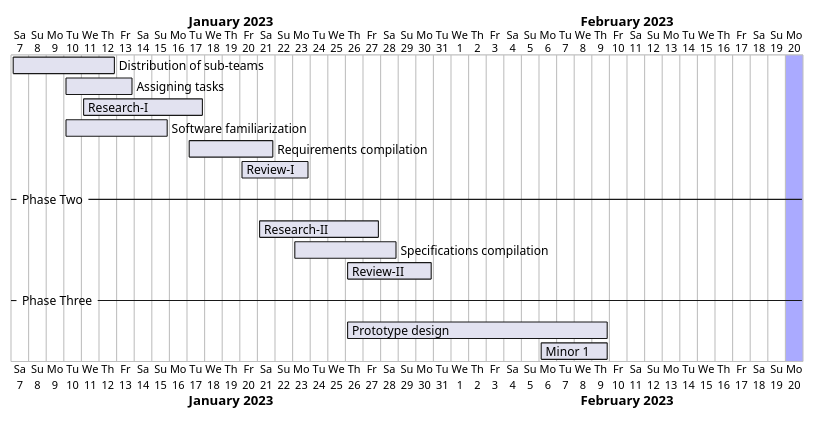
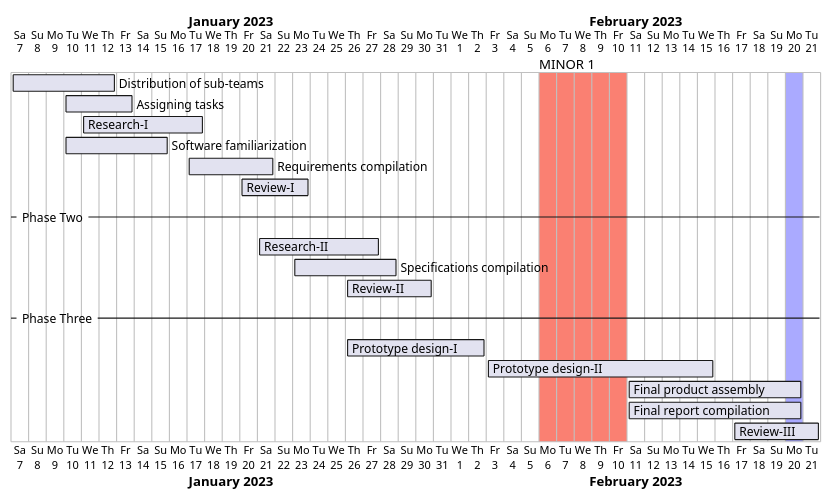
One commit to vishvesh09patel/test changed the diagram in CADMUS_Report_Week_4.adoc. Above: the diagram before and after it, drawn with PlantUML. The commit also changed other lines of this file, not shown here.

```diff
--- a/CADMUS_Report_Week_4.adoc
+++ b/CADMUS_Report_Week_4.adoc
@@ -544,32 +544,40 @@
 [plantuml,svg]
 ----
 @startgantt 
 [Distribution of sub-teams] lasts 6 days 
 [Assigning tasks] lasts 4 days 
 [Research-I] lasts 7 days 
 [Software familiarization] lasts 6 days 
 [Requirements compilation] lasts 5 days 
 [Review-I] lasts 4 days
 -- Phase Two -- 
 [Research-II] lasts 7 days 
 [Specifications compilation] lasts 6 days 
 [Review-II] lasts 5 days 
 -- Phase Three -- 
-[Prototype design] lasts 15 days 
-[Minor 1] lasts 4 days
+[Prototype design-I] lasts 8 days 
+[Prototype design-II] lasts 13 days 
+[Final product assembly] lasts 10 days
+[Final report compilation] lasts 10 days 
+[Review-III] lasts 5 days 
 
 Project starts 2023-01-07 
 [Distribution of sub-teams] starts 2023-01-07
 [Assigning tasks] starts 2023-01-10 
 [Research-I] starts 2023-01-11
 [Software familiarization] starts 2023-01-10 
 [Requirements compilation] starts 2023-01-17 
 [Review-I] starts 2023-01-20 
 [Research-II] starts 2023-01-21 
 [Specifications compilation] starts 2023-01-23 
 [Review-II] starts 2023-01-26 
-[Prototype design] starts 2023-01-26 
-[Minor 1] starts 2023-02-06 
+[Prototype design-I] starts 2023-01-26 
+[Prototype design-II] starts 2023-02-03
+[Final product assembly] starts 2023-02-11
+[Final report compilation] starts 2023-02-11
+[Review-III] starts 2023-02-17 
 today is 44 days after start and is colored in #AAF 
+2023-02-06 to 2023-02-10 are named [MINOR 1]
+2023-02-06 to 2023-02-10 are colored in salmon 
 @endgantt
 ----
```
